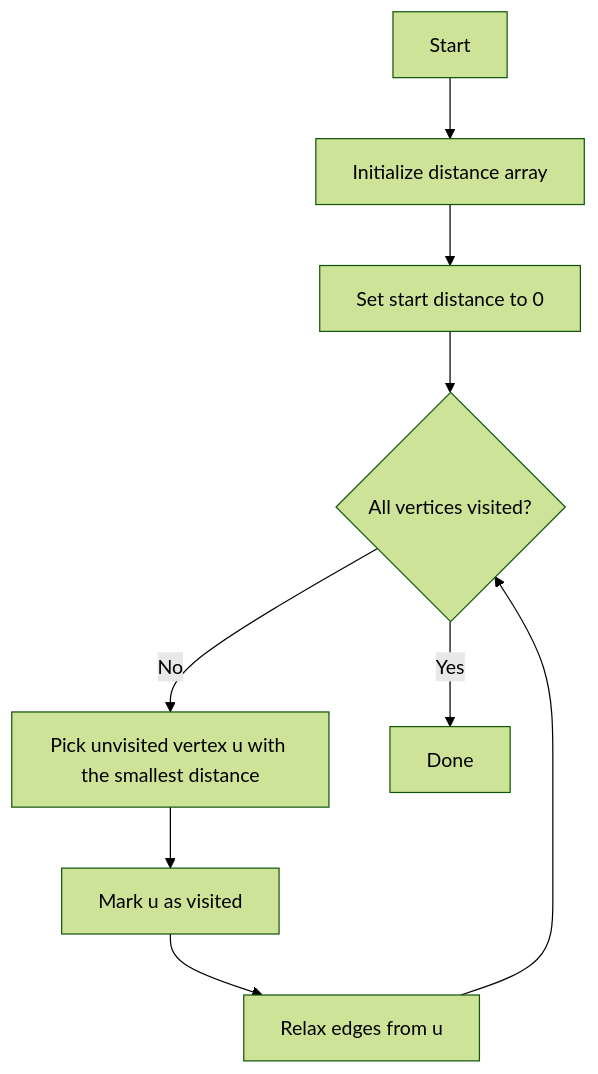
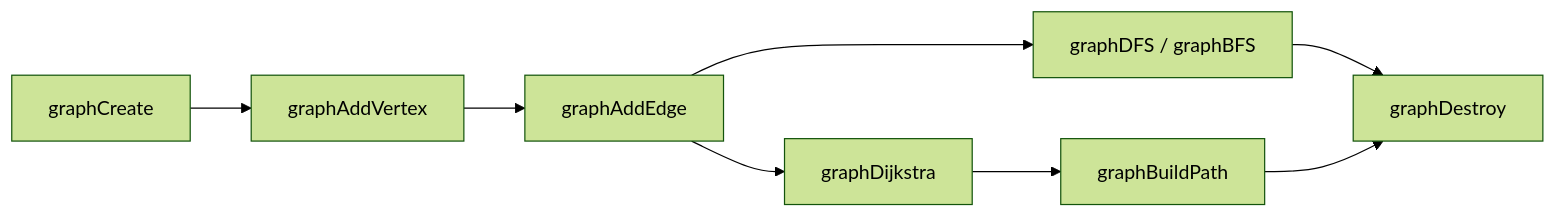
One commit to anjuxi/C-graph changed the diagram in README.md. Above: the diagram before and after it, drawn with Mermaid (forest theme). The commit also changed other lines of this file and 8 other files, not shown here.

First line of the commit message:
重构图结构实现并补充测试与文档

````diff
--- a/README.md
+++ b/README.md
@@ -141,11 +16,10 @@
 ```mermaid
-graph TD
-    A[Start] --> B[Initialize distance array]
-    B --> C[Set start distance to 0]
-    C --> D{All vertices visited?}
-    D -->|No| E[Pick unvisited vertex u with the smallest distance]
-    E --> F[Mark u as visited]
-    F --> G[Relax edges from u]
-    G --> D
-    D -->|Yes| H[Done]
+flowchart LR
+    A[graphCreate] --> B[graphAddVertex]
+    B --> C[graphAddEdge]
+    C --> D[graphDFS / graphBFS]
+    C --> E[graphDijkstra]
+    E --> F[graphBuildPath]
+    D --> G[graphDestroy]
+    F --> G
 ```
````
